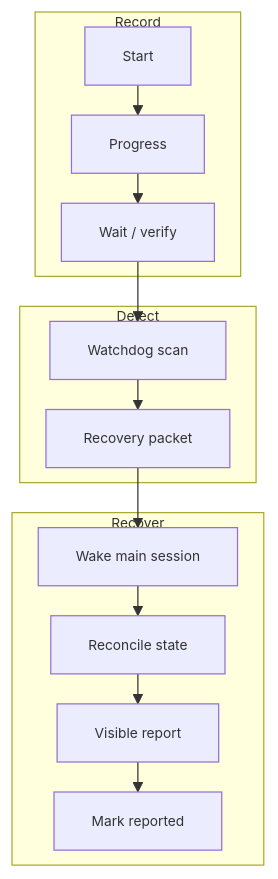
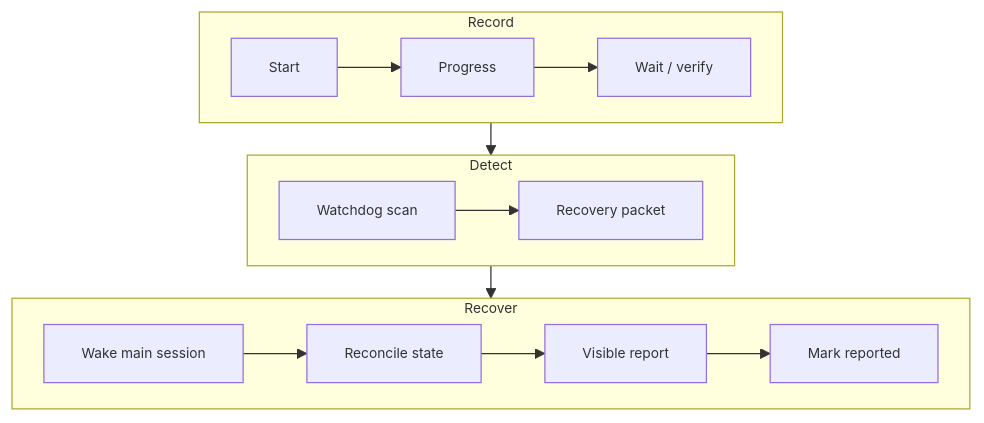
The diagram in README.md (moonhwilee/openclaw-ledger), drawn with Mermaid before and after one commit.

Commit message:
Compact Ledger flow layout

````diff
--- a/README.md
+++ b/README.md
@@ -23,15 +23,18 @@
 ```mermaid
-%%{init: {"themeVariables": {"fontSize": "11px"}, "flowchart": {"nodeSpacing": 22, "rankSpacing": 24}} }%%
+%%{init: {"themeVariables": {"fontSize": "11px"}, "flowchart": {"nodeSpacing": 22, "rankSpacing": 26}} }%%
 flowchart TD
   subgraph R[Record]
+    direction LR
     A[Start] --> B[Progress] --> C[Wait / verify]
   end
   subgraph D[Detect]
+    direction LR
     E[Watchdog scan] --> F[Recovery packet]
   end
   subgraph C2[Recover]
+    direction LR
     G[Wake main session] --> H[Reconcile state] --> I[Visible report] --> J[Mark reported]
   end
   C --> E
   F --> G
 ```
````
